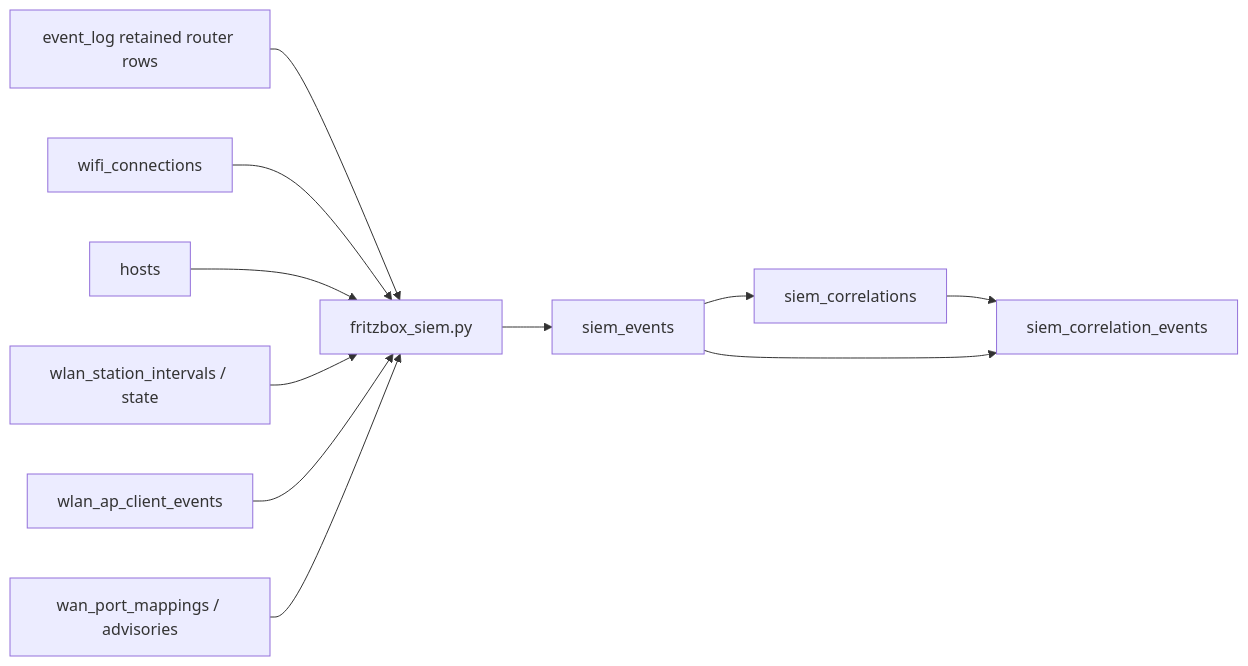
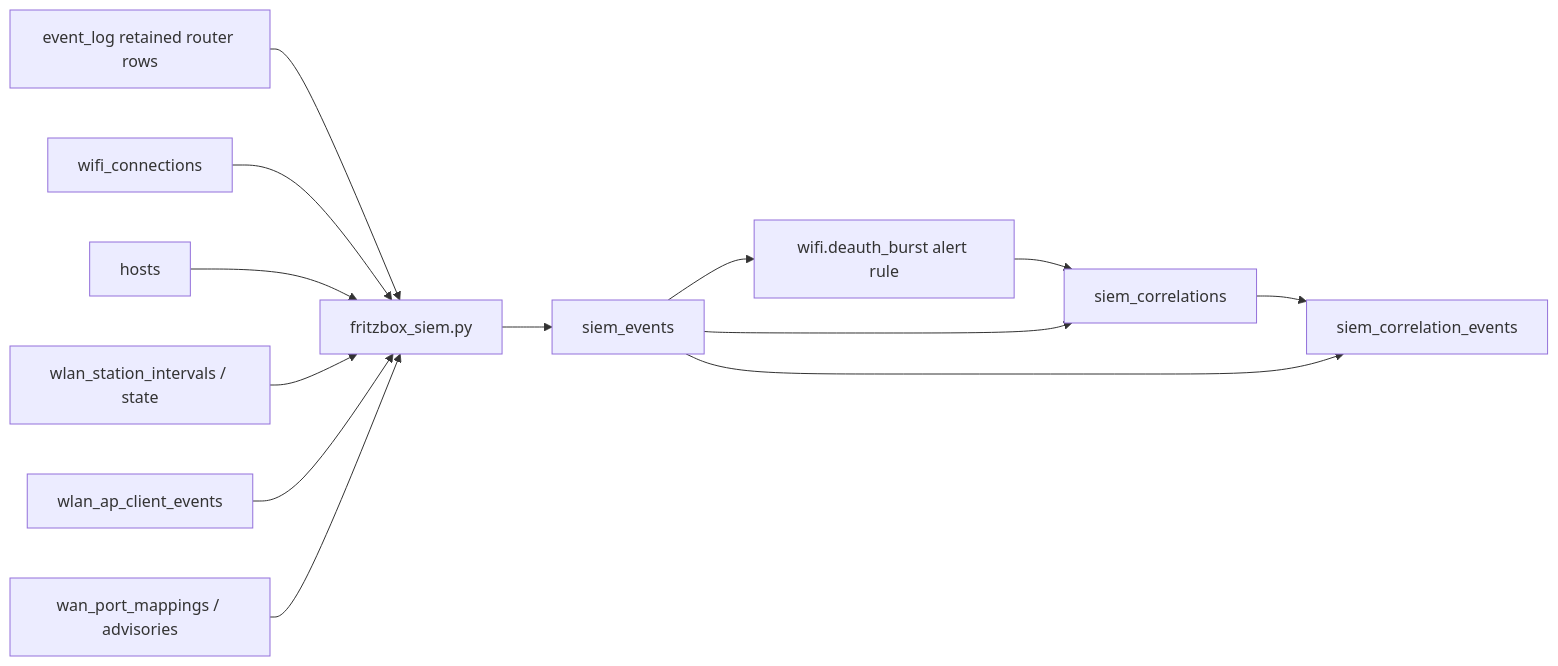
The third of 5 diagrams in docs/architecture.md (StasonJatham/fritzbox-forensic-analyzer), drawn with Mermaid before and after one commit. The commit also changed 3 other files, not shown here.

Commit message:
Add passive deauth SIEM alert rule

````diff
--- a/docs/architecture.md
+++ b/docs/architecture.md
@@ -88,24 +88,27 @@
 ```mermaid
 flowchart LR
     eventlog["event_log retained router rows"]
     wifi["wifi_connections"]
     hosts["hosts"]
     station["wlan_station_intervals / state"]
     ap["wlan_ap_client_events"]
     exposure["wan_port_mappings / advisories"]
     normalizer["fritzbox_siem.py"]
     events["siem_events"]
+    deauth["wifi.deauth_burst alert rule"]
     correlations["siem_correlations"]
     links["siem_correlation_events"]
 
     eventlog --> normalizer
     wifi --> normalizer
     hosts --> normalizer
     station --> normalizer
     ap --> normalizer
     exposure --> normalizer
     normalizer --> events
+    events --> deauth
+    deauth --> correlations
     events --> correlations
     correlations --> links
     events --> links
 ```
````
